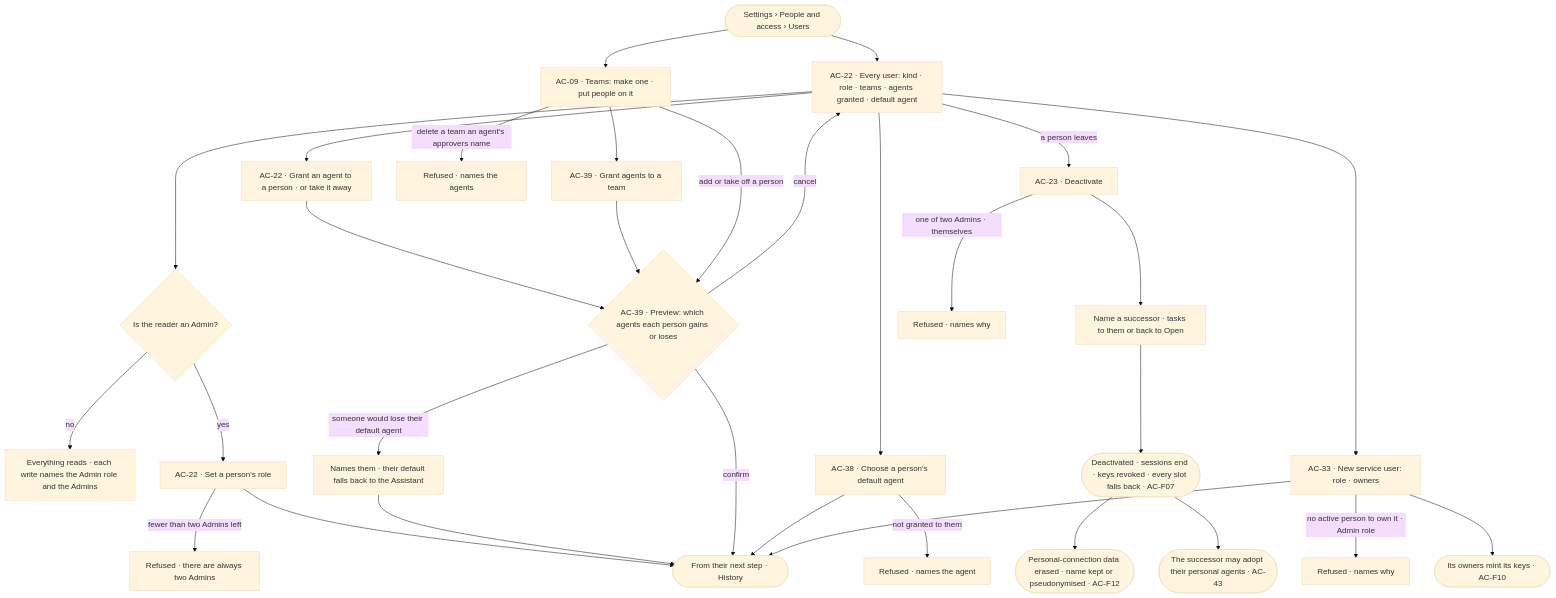
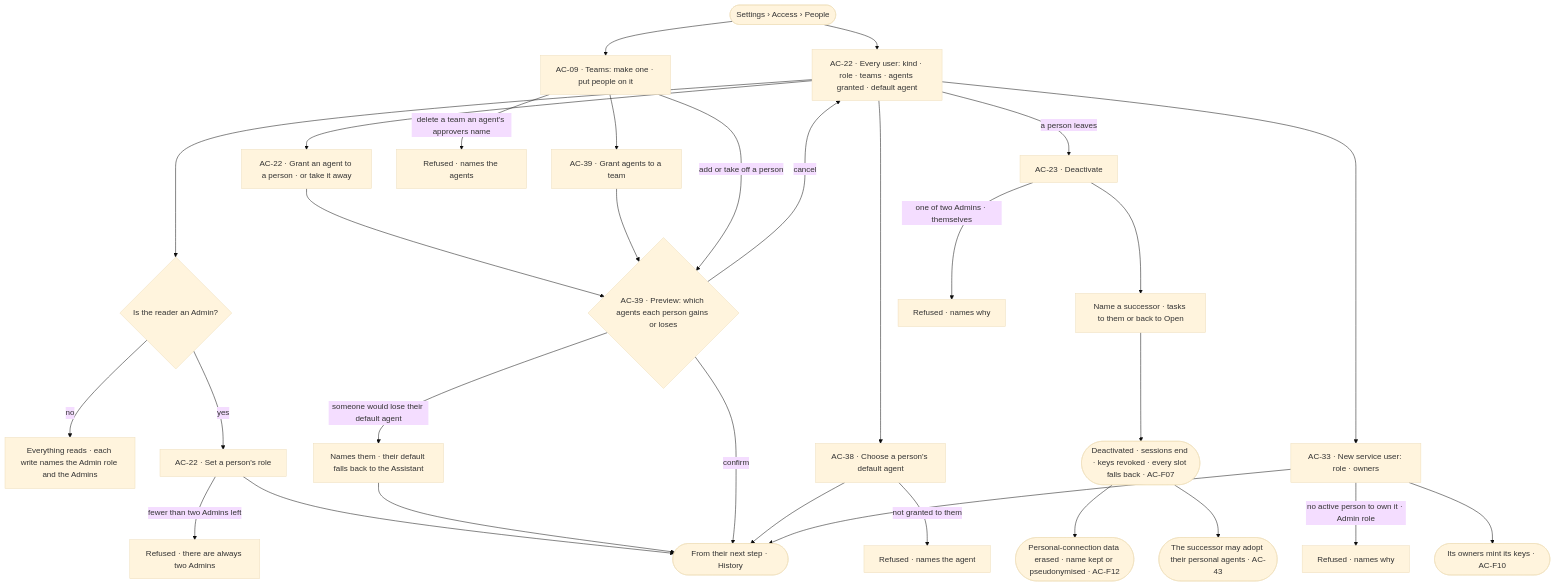
The diagram in specs/os/access/features/AC-F03-directory/feature.md (invana/invana), drawn with Mermaid (base theme) before and after one commit. The commit also changed other lines of this file and 106 other files, not shown here.

````diff
--- a/specs/os/access/features/AC-F03-directory/feature.md
+++ b/specs/os/access/features/AC-F03-directory/feature.md
@@ -28,33 +28,33 @@
 ```mermaid
 flowchart TD
-  start([Settings › People and access › Users]) --> users["AC-22 · Every user: kind · role · teams · agents granted · default agent"]
+  start([Settings › Access › People]) --> users["AC-22 · Every user: kind · role · teams · agents granted · default agent"]
   users --> who{"Is the reader an Admin?"}
   who -->|no| ro["Everything reads · each write names the Admin role and the Admins"]
   who -->|yes| role["AC-22 · Set a person's role"]
   role -->|fewer than two Admins left| last["Refused · there are always two Admins"]
   role --> saved(["From their next step · History"])
   users --> grant["AC-22 · Grant an agent to a person · or take it away"]
   start --> teams["AC-09 · Teams: make one · put people on it"]
   teams --> tgrant["AC-39 · Grant agents to a team"]
   grant --> prev{"AC-39 · Preview: which agents each person gains or loses"}
   tgrant --> prev
   teams -->|add or take off a person| prev
   prev -->|someone would lose their default agent| dflt["Names them · their default falls back to the Assistant"]
   dflt --> saved
   prev -->|confirm| saved
   prev -->|cancel| users
   users --> def["AC-38 · Choose a person's default agent"]
   def -->|not granted to them| defr["Refused · names the agent"]
   def --> saved
   teams -->|delete a team an agent's approvers name| held["Refused · names the agents"]
   users -->|a person leaves| deact["AC-23 · Deactivate"]
   deact --> succ["Name a successor · tasks to them or back to Open"]
   succ --> off(["Deactivated · sessions end · keys revoked · every slot falls back · AC-F07"])
   off --> keep(["Personal-connection data erased · name kept or pseudonymised · AC-F12"])
   off --> adopt(["The successor may adopt their personal agents · AC-43"])
   deact -->|one of two Admins · themselves| refd["Refused · names why"]
   users --> svc["AC-33 · New service user: role · owners"]
   svc -->|no active person to own it · Admin role| svr["Refused · names why"]
   svc --> saved
   svc --> keys(["Its owners mint its keys · AC-F10"])
 ```
````
